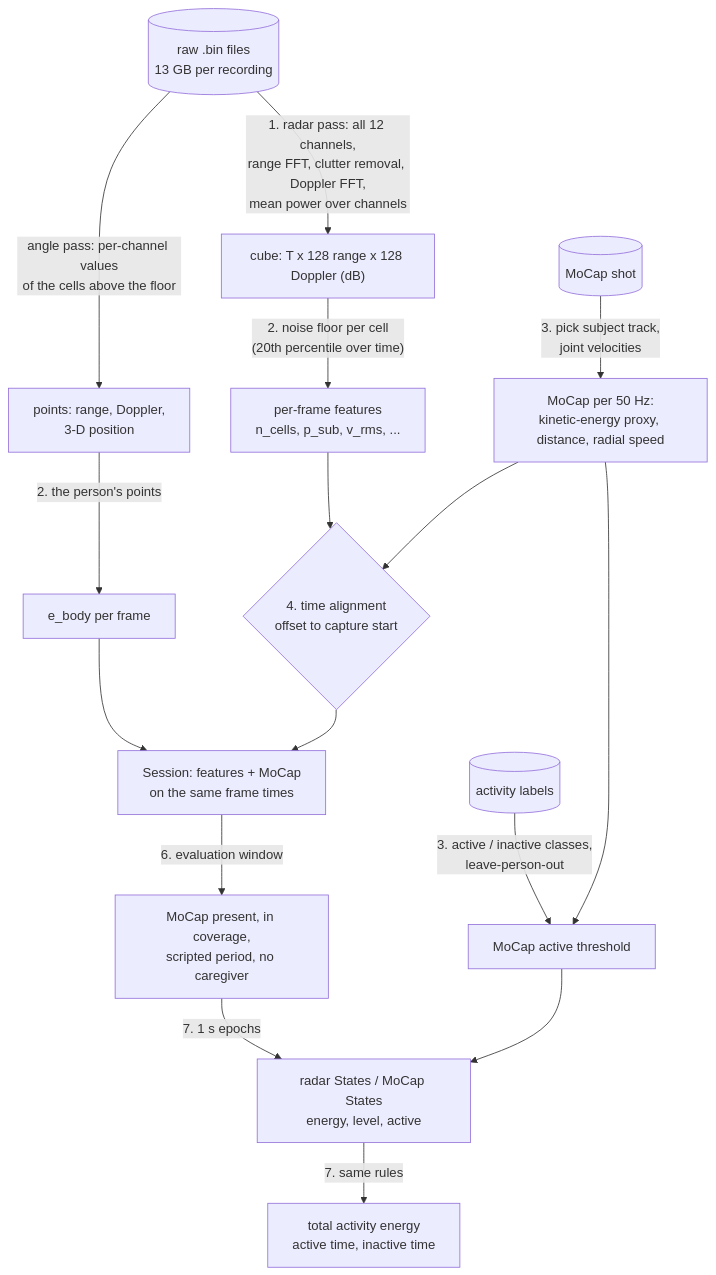
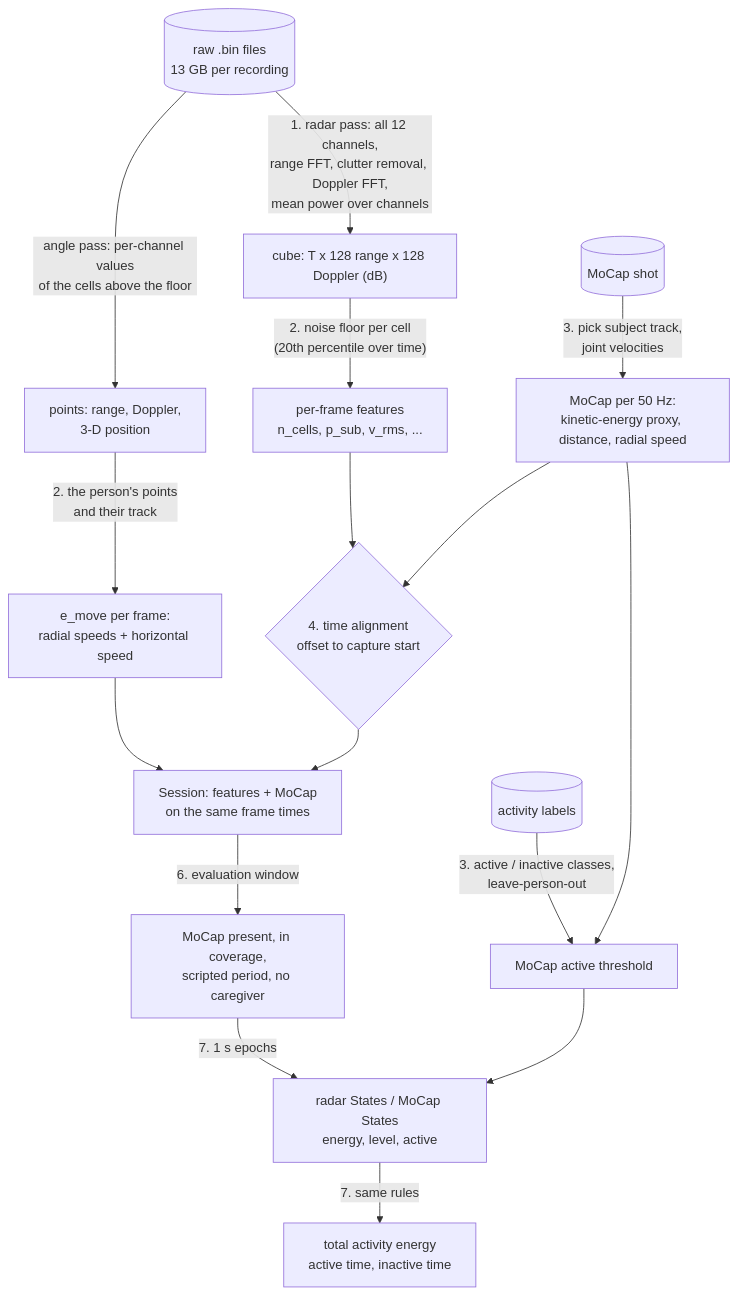
The first of 4 diagrams in docs/category1.md (itsXuanFeng/mobilityIndex), drawn with Mermaid before and after one commit. The commit also changed other lines of this file and 19 other files, not shown here.

````diff
--- a/docs/category1.md
+++ b/docs/category1.md
@@ -42,18 +42,18 @@
 ```mermaid
 flowchart TD
     A[("raw .bin files<br/>13 GB per recording")] -->|"1. radar pass: all 12 channels,<br/>range FFT, clutter removal, Doppler FFT,<br/>mean power over channels"| B["cube: T x 128 range x 128 Doppler (dB)"]
     B -->|"2. noise floor per cell<br/>(20th percentile over time)"| C["per-frame features<br/>n_cells, p_sub, v_rms, ..."]
     A -->|"angle pass: per-channel values<br/>of the cells above the floor"| PT["points: range, Doppler,<br/>3-D position"]
-    PT -->|"2. the person's points"| EB["e_body per frame"]
+    PT -->|"2. the person's points<br/>and their track"| EB["e_move per frame:<br/>radial speeds + horizontal speed"]
     EB --> S
     M[("MoCap shot")] -->|"3. pick subject track,<br/>joint velocities"| G["MoCap per 50 Hz:<br/>kinetic-energy proxy, distance, radial speed"]
     L[("activity labels")] -->|"3. active / inactive classes,<br/>leave-person-out"| TH["MoCap active threshold"]
     G --> TH
     C --> AL{"4. time alignment<br/>offset to capture start"}
     G --> AL
     AL --> S["Session: features + MoCap<br/>on the same frame times"]
     S -->|"6. evaluation window"| W["MoCap present, in coverage,<br/>scripted period, no caregiver"]
     W -->|"7. 1 s epochs"| ST["radar States / MoCap States<br/>energy, level, active"]
     TH --> ST
     ST -->|"7. same rules"| MET["total activity energy<br/>active time, inactive time"]
 ```
````
